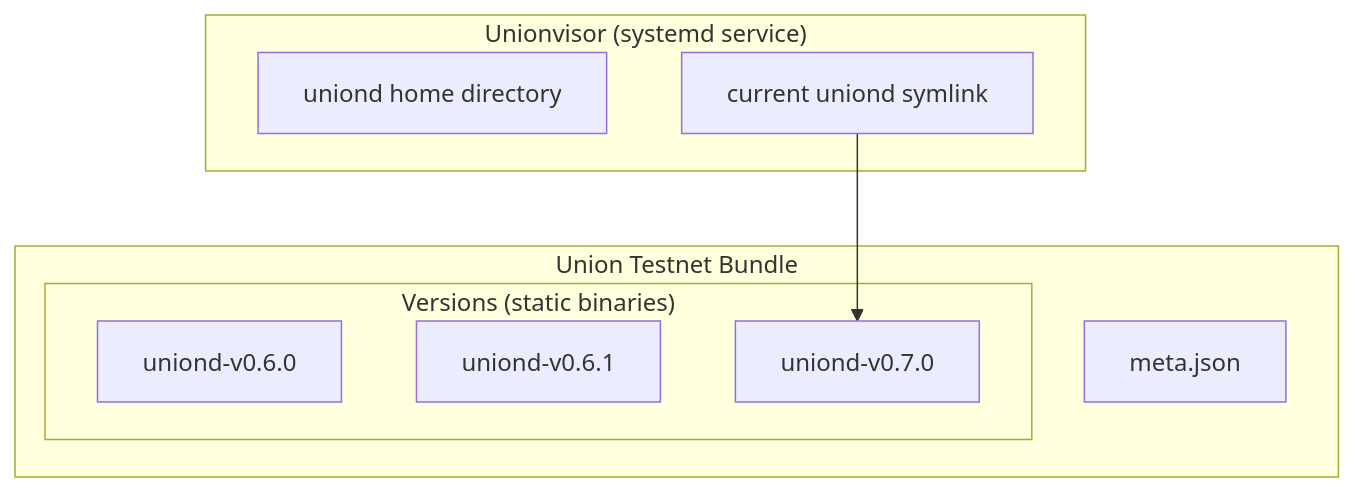
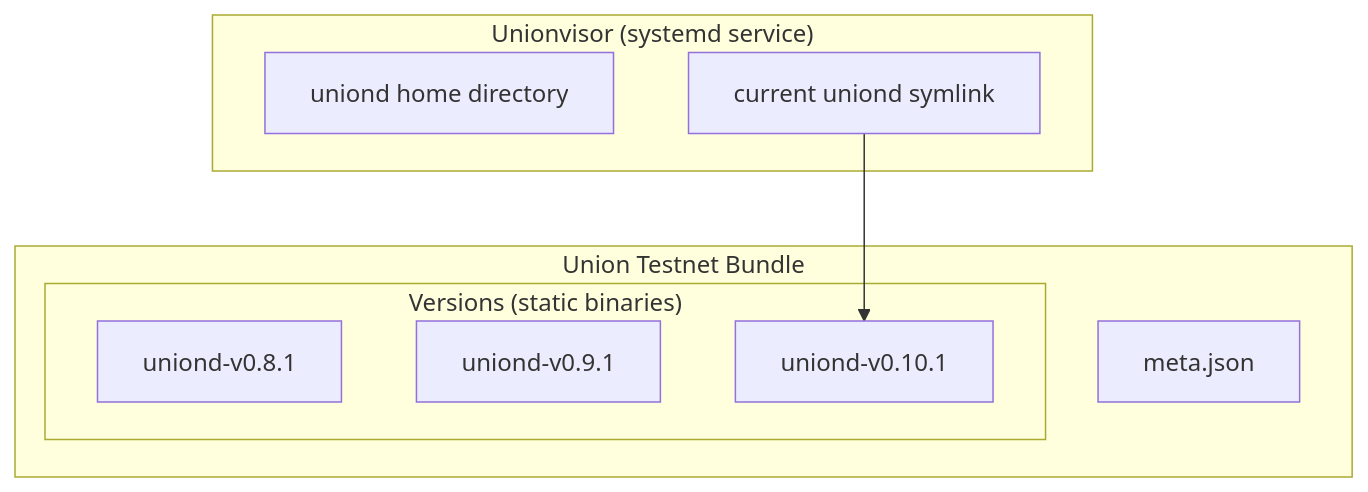
Before and after one commit to unionlabs/union: the diagram in unionvisor/ARCHITECTURE.md, drawn with Mermaid. The commit also changed 3 other files, not shown here.

````diff
--- a/unionvisor/ARCHITECTURE.md
+++ b/unionvisor/ARCHITECTURE.md
@@ -11,18 +11,18 @@
 ```mermaid
 graph
     subgraph "Unionvisor (systemd service)"
         home["uniond home directory"]
         current[current uniond symlink]
     end
 
     subgraph "Union Testnet Bundle"
         subgraph "Versions (static binaries)"
-            uniond-v0.6.0[uniond-v0.6.0]
-            uniond-v0.6.1[uniond-v0.6.1]
-            uniond-v0.7.0[uniond-v0.7.0]
+            uniond-v0.8.1[uniond-v0.8.1]
+            uniond-v0.9.1[uniond-v0.9.1]
+            uniond-v0.10.1[uniond-v0.10.1]
         end
         meta.json[meta.json]
     end
 
-    current --> uniond-v0.7.0
+    current --> uniond-v0.10.1
 ```
````
